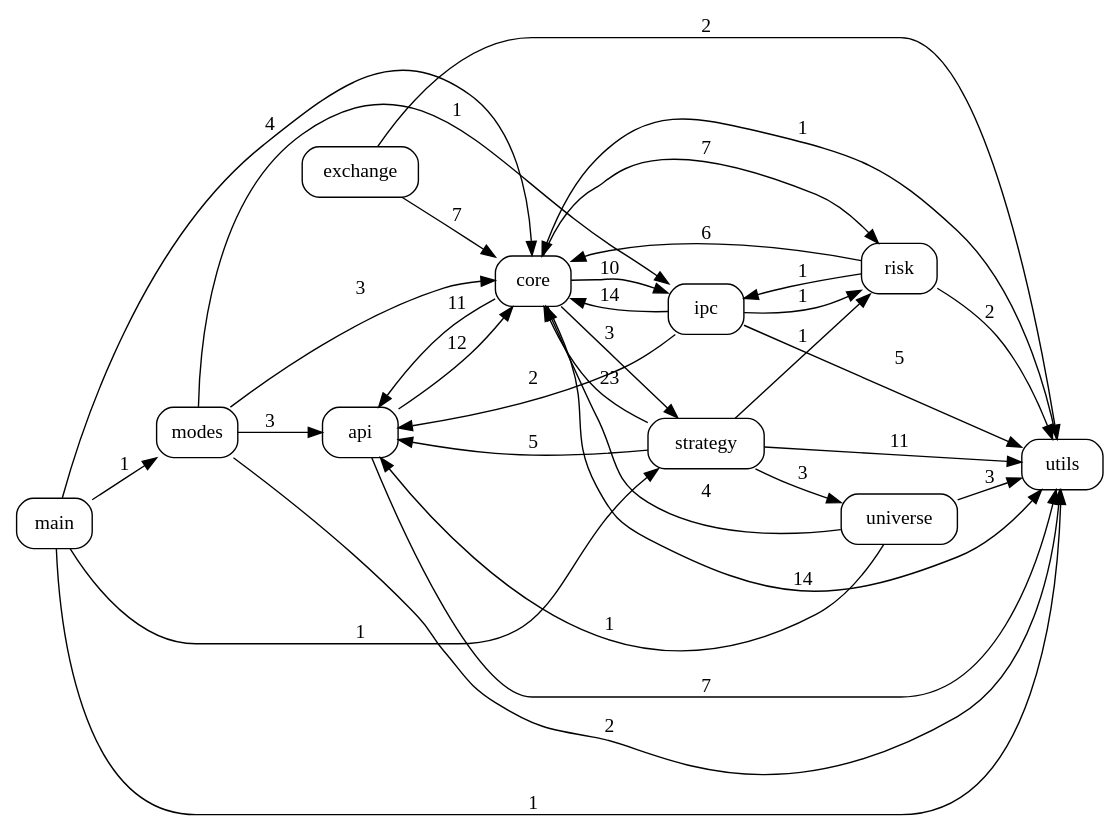
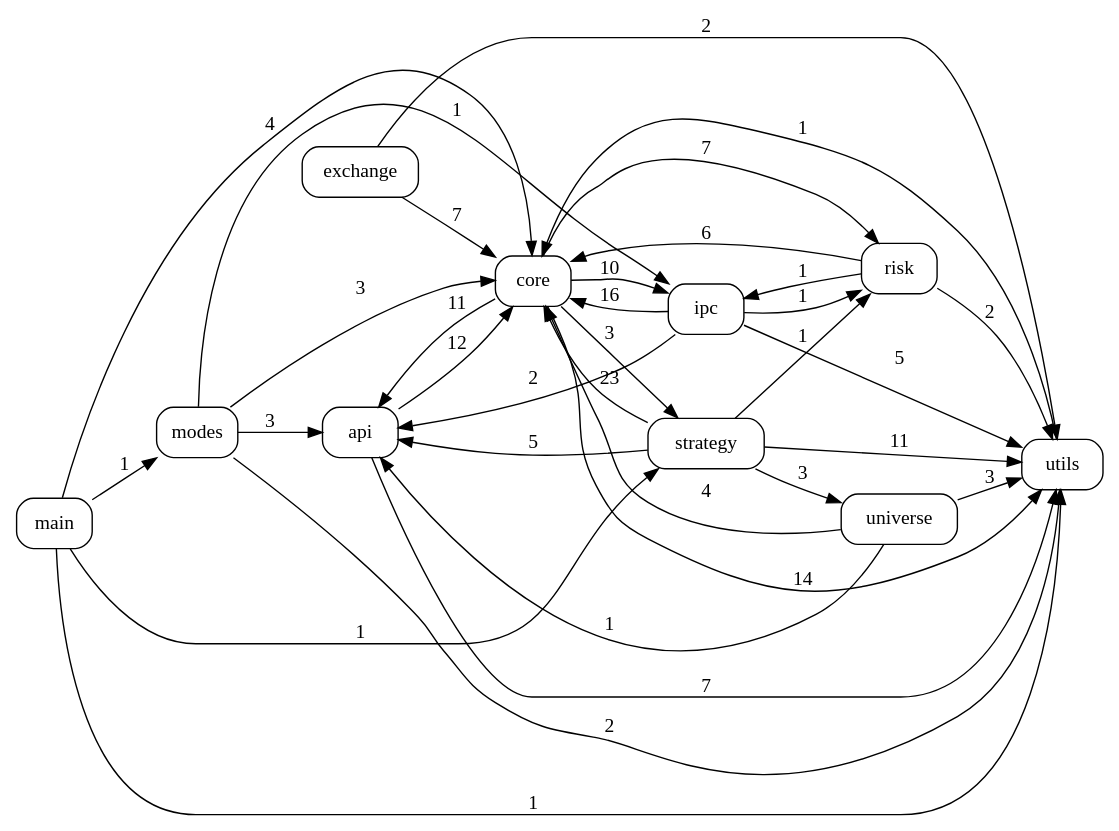
Before and after one commit to pypy8171/Quant: the diagram in docs/code_graph.dot, drawn with Graphviz. The commit also changed 26 other files, not shown here.

```diff
--- a/docs/code_graph.dot
+++ b/docs/code_graph.dot
@@ -1,47 +1,47 @@
 digraph code_graph {
   rankdir=LR;
   node [shape=box, style=rounded, fontname="Consolas"];
   "api";
   "core";
   "exchange";
   "ipc";
   "main";
   "modes";
   "risk";
   "strategy";
   "universe";
   "utils";
   "api" -> "core" [label="12"];
   "api" -> "utils" [label="7"];
   "core" -> "api" [label="11"];
   "core" -> "ipc" [label="10"];
   "core" -> "risk" [label="7"];
   "core" -> "strategy" [label="3"];
   "core" -> "utils" [label="14"];
   "exchange" -> "core" [label="7"];
   "exchange" -> "utils" [label="2"];
   "ipc" -> "api" [label="2"];
-  "ipc" -> "core" [label="14"];
+  "ipc" -> "core" [label="16"];
   "ipc" -> "risk" [label="1"];
   "ipc" -> "utils" [label="5"];
   "main" -> "core" [label="4"];
   "main" -> "modes" [label="1"];
   "main" -> "strategy" [label="1"];
   "main" -> "utils" [label="1"];
   "modes" -> "api" [label="3"];
   "modes" -> "core" [label="3"];
   "modes" -> "ipc" [label="1"];
   "modes" -> "utils" [label="2"];
   "risk" -> "core" [label="6"];
   "risk" -> "ipc" [label="1"];
   "risk" -> "utils" [label="2"];
   "strategy" -> "api" [label="5"];
   "strategy" -> "core" [label="23"];
   "strategy" -> "risk" [label="1"];
   "strategy" -> "universe" [label="3"];
   "strategy" -> "utils" [label="11"];
   "universe" -> "api" [label="1"];
   "universe" -> "core" [label="4"];
   "universe" -> "utils" [label="3"];
   "utils" -> "core" [label="1"];
 }
```
